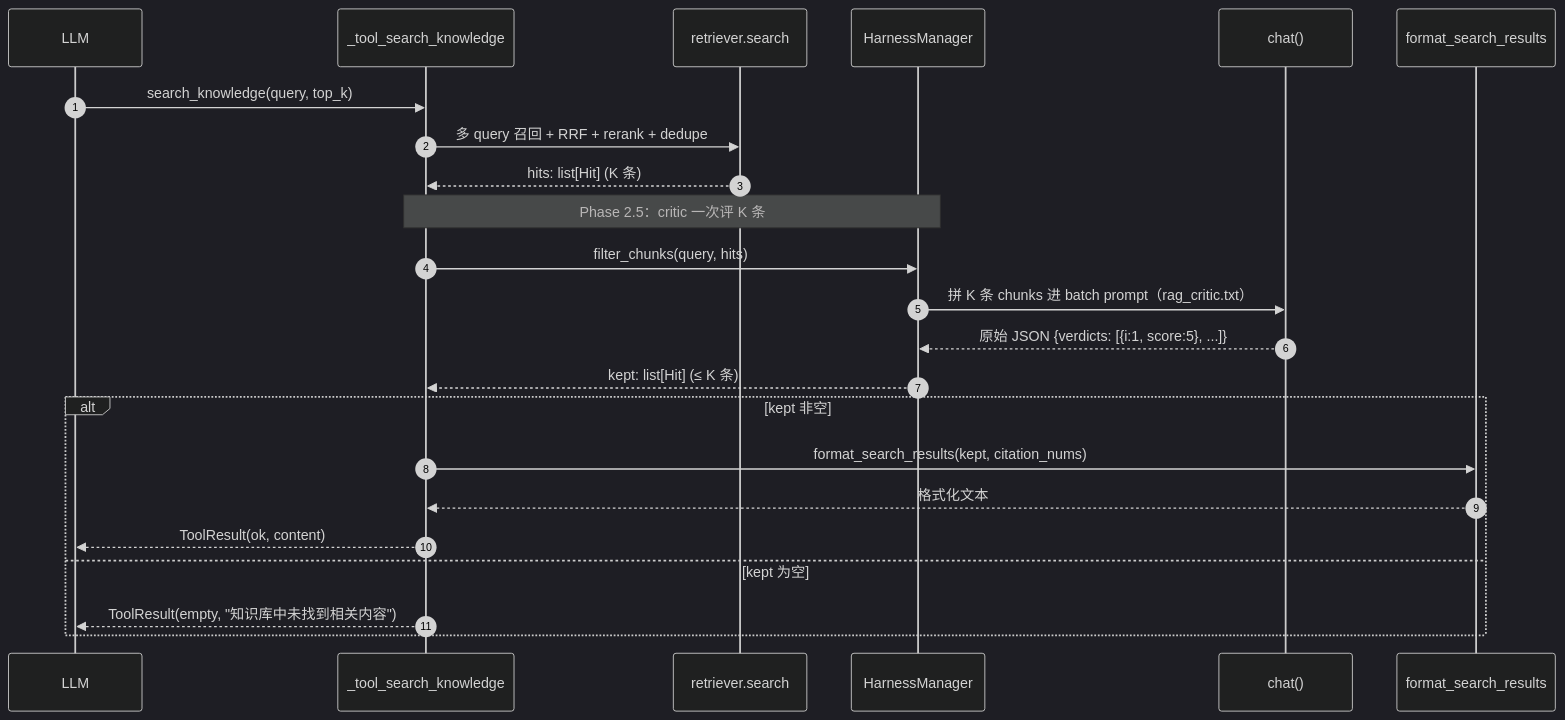
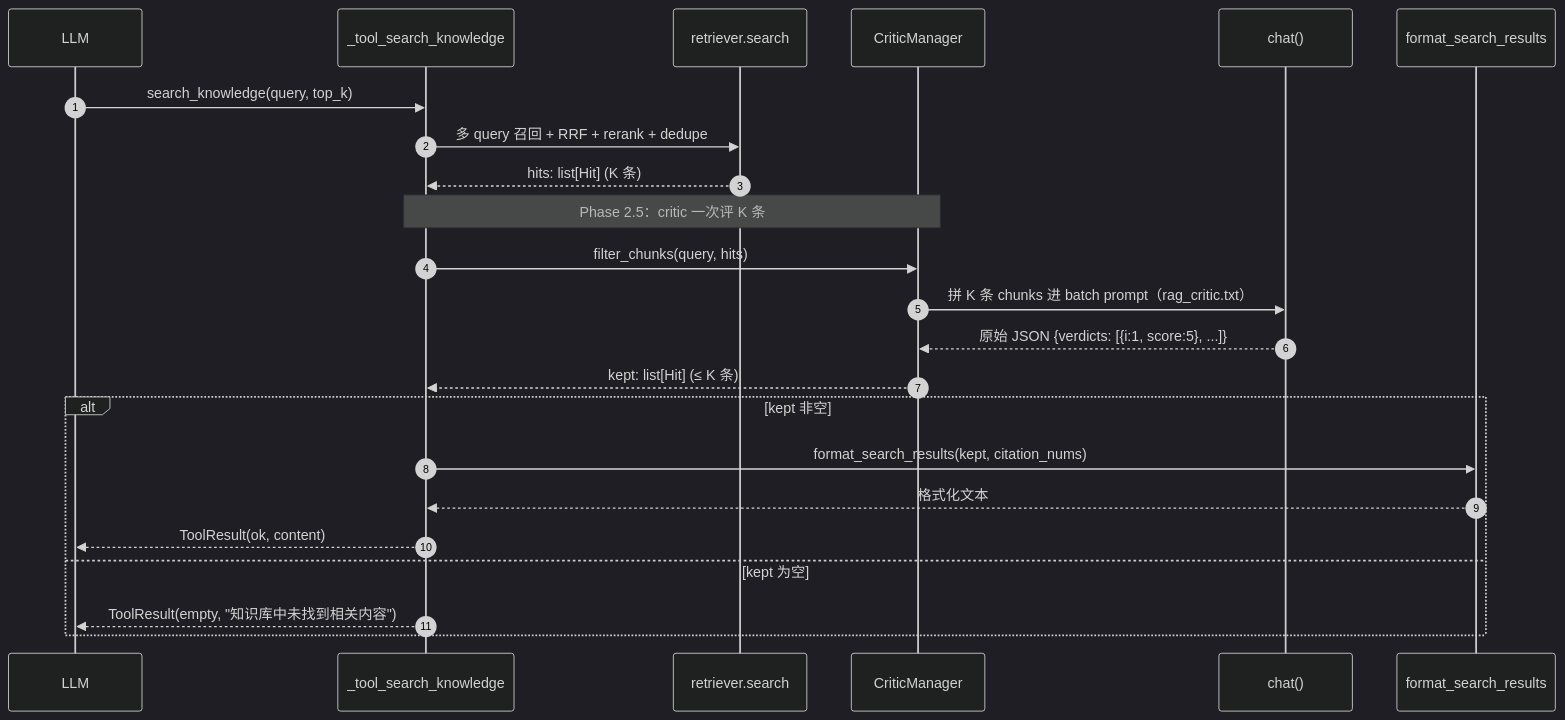
One commit to michaelwangzhenan/AgentA changed diagram 20 of 27 in docs/design.md. Above: the diagram before and after it, drawn with Mermaid (dark theme). The commit also changed other lines of this file and 29 other files, not shown here.

First line of the commit message:
refactor: harness 改名为 critic，名实相符

````diff
--- a/docs/design.md
+++ b/docs/design.md
@@ -1048,28 +1048,28 @@
 ```mermaid
 sequenceDiagram
     autonumber
     participant LLM as LLM
     participant T as _tool_search_knowledge
     participant R as retriever.search
-    participant HM as HarnessManager
+    participant HM as CriticManager
     participant Chat as chat()
     participant FMT as format_search_results
 
     LLM->>T: search_knowledge(query, top_k)
     T->>R: 多 query 召回 + RRF + rerank + dedupe
     R-->>T: hits: list[Hit] (K 条)
 
     Note over T,HM: Phase 2.5：critic 一次评 K 条
     T->>HM: filter_chunks(query, hits)
     HM->>Chat: 拼 K 条 chunks 进 batch prompt（rag_critic.txt）
     Chat-->>HM: 原始 JSON {verdicts: [{i:1, score:5}, ...]}
     HM-->>T: kept: list[Hit] (≤ K 条)
 
     alt kept 非空
         T->>FMT: format_search_results(kept, citation_nums)
         FMT-->>T: 格式化文本
         T-->>LLM: ToolResult(ok, content)
     else kept 为空
         T-->>LLM: ToolResult(empty, "知识库中未找到相关内容")
     end
 ```
````
